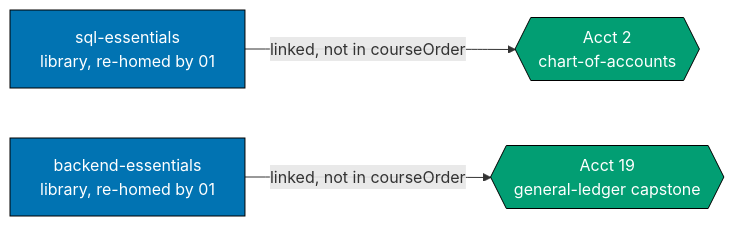
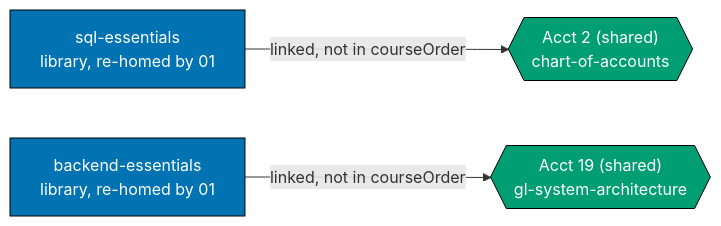
One commit to wahidyankf/baseerah changed the first of 4 diagrams in plans/backlog/ayokoding-learning-path-06-skills-accounting/tech-docs.md. Above: the diagram before and after it, drawn with Mermaid. The commit also changed other lines of this file and 32 other files, not shown here.

First line of the commit message:
docs(plans): rewrite the accounting plan into two paths at build-founding depth

````diff
--- a/plans/backlog/ayokoding-learning-path-06-skills-accounting/tech-docs.md
+++ b/plans/backlog/ayokoding-learning-path-06-skills-accounting/tech-docs.md
@@ -152,15 +392,14 @@
 ```mermaid
-%% Inbound cross-domain prerequisite edges. Exactly two, both LINKED not walked.
-%% Node SHAPE encodes domain: rectangle = existing library course, hexagon = accounting course.
+%% Inbound cross-domain prerequisite edges. Exactly two, both LINKED not walked, both in the shared spine.
 flowchart LR
     SQL["sql-essentials<br/>library, re-homed by 01"]:::lib
     BE["backend-essentials<br/>library, re-homed by 01"]:::lib
-    A2{{"Acct 2<br/>chart-of-accounts"}}:::acct
-    A19{{"Acct 19<br/>general-ledger capstone"}}:::acct
+    A2{{"Acct 2 (shared)<br/>chart-of-accounts"}}:::acct
+    A19{{"Acct 19 (shared)<br/>gl-system-architecture"}}:::acct
 
     SQL -->|"linked, not in courseOrder"| A2
     BE -->|"linked, not in courseOrder"| A19
 
     classDef lib fill:#0173B2,stroke:#000000,color:#FFFFFF
     classDef acct fill:#029E73,stroke:#000000,color:#FFFFFF
 ```
````
